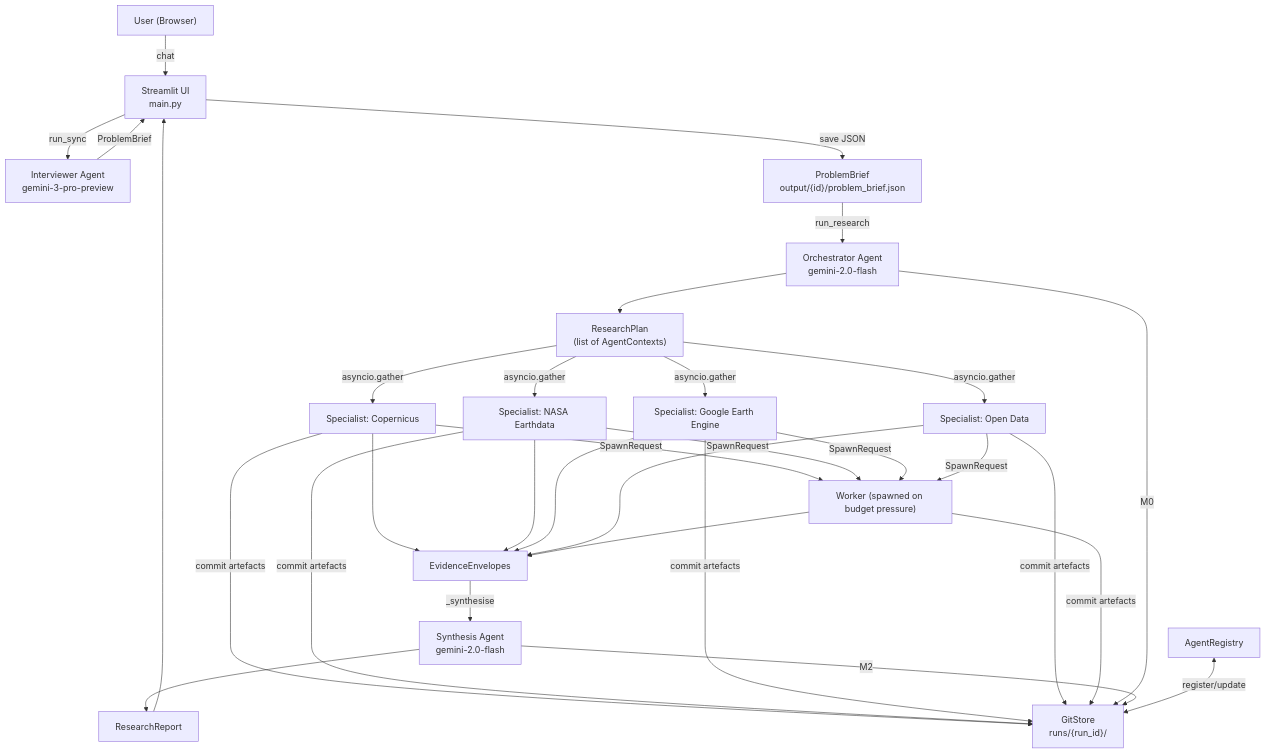
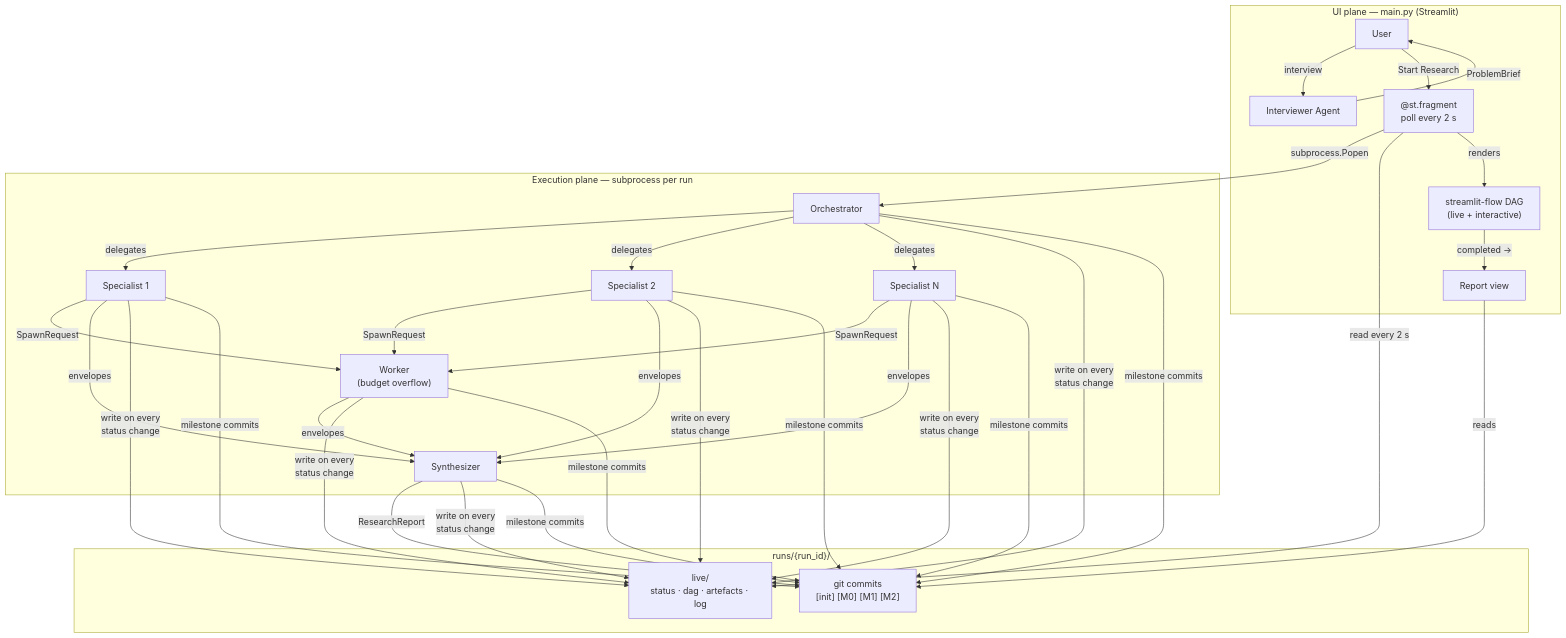
The first of 5 diagrams in README.md (ai-agents-for-humans/slow-ai), drawn with Mermaid before and after one commit. The commit also changed other lines of this file and 8 other files, not shown here.

Commit message:
Now adding flow diagram and changing architecture

````diff
--- a/README.md
+++ b/README.md
@@ -261,38 +266,42 @@
 ```mermaid
 graph TD
-    User["User (Browser)"]
-    UI["Streamlit UI\nmain.py"]
-    IV["Interviewer Agent\ngemini-3-pro-preview"]
-    Brief["ProblemBrief\noutput/{id}/problem_brief.json"]
-    ORC["Orchestrator Agent\ngemini-2.0-flash"]
-    Plan["ResearchPlan\n(list of AgentContexts)"]
-    S1["Specialist: Copernicus"]
-    S2["Specialist: NASA Earthdata"]
-    S3["Specialist: Google Earth Engine"]
-    S4["Specialist: Open Data"]
-    W["Worker (spawned on budget pressure)"]
-    ENV["EvidenceEnvelopes"]
-    SYN["Synthesis Agent\ngemini-2.0-flash"]
-    REP["ResearchReport"]
-    GIT["GitStore\nruns/{run_id}/"]
-    REG["AgentRegistry"]
+    subgraph UI ["UI plane — main.py (Streamlit)"]
+        User["User"]
+        IV["Interviewer Agent"]
+        Fragment["@st.fragment\npoll every 2 s"]
+        DAG["streamlit-flow DAG\n(live + interactive)"]
+        Report["Report view"]
+    end
 
-    User -->|chat| UI
-    UI -->|run_sync| IV
-    IV -->|ProblemBrief| UI
-    UI -->|save JSON| Brief
-    Brief -->|run_research| ORC
-    ORC --> Plan
-    Plan -->|asyncio.gather| S1 & S2 & S3 & S4
-    S1 & S2 & S3 & S4 -->|SpawnRequest| W
-    S1 & S2 & S3 & S4 --> ENV
-    W --> ENV
-    ENV -->|_synthesise| SYN
-    SYN --> REP
-    REP --> UI
+    subgraph Run ["Execution plane — subprocess per run"]
+        ORC["Orchestrator"]
+        S1["Specialist 1"]
+        S2["Specialist 2"]
+        SN["Specialist N"]
+        W["Worker\n(budget overflow)"]
+        SYN["Synthesizer"]
+    end
 
-    S1 & S2 & S3 & S4 & W -->|commit artefacts| GIT
-    ORC -->|M0| GIT
-    SYN -->|M2| GIT
-    REG <-->|register/update| GIT
+    subgraph Store ["runs/{run_id}/"]
+        LIVE["live/\nstatus · dag · artefacts · log"]
+        GIT["git commits\n[init] [M0] [M1] [M2]"]
+    end
+
+    User -->|interview| IV
+    IV -->|ProblemBrief| User
+    User -->|Start Research| Fragment
+
+    Fragment -->|subprocess.Popen| ORC
+    ORC -->|delegates| S1 & S2 & SN
+    S1 & S2 & SN -->|SpawnRequest| W
+    S1 & S2 & SN & W -->|envelopes| SYN
+    SYN -->|ResearchReport| GIT
+
+    ORC & S1 & S2 & SN & W & SYN -->|write on every\nstatus change| LIVE
+    ORC & S1 & S2 & SN & W & SYN -->|milestone commits| GIT
+
+    Fragment -->|read every 2 s| LIVE
+    Fragment -->|renders| DAG
+    DAG -->|completed →| Report
+    Report -->|reads| GIT
 ```
````
